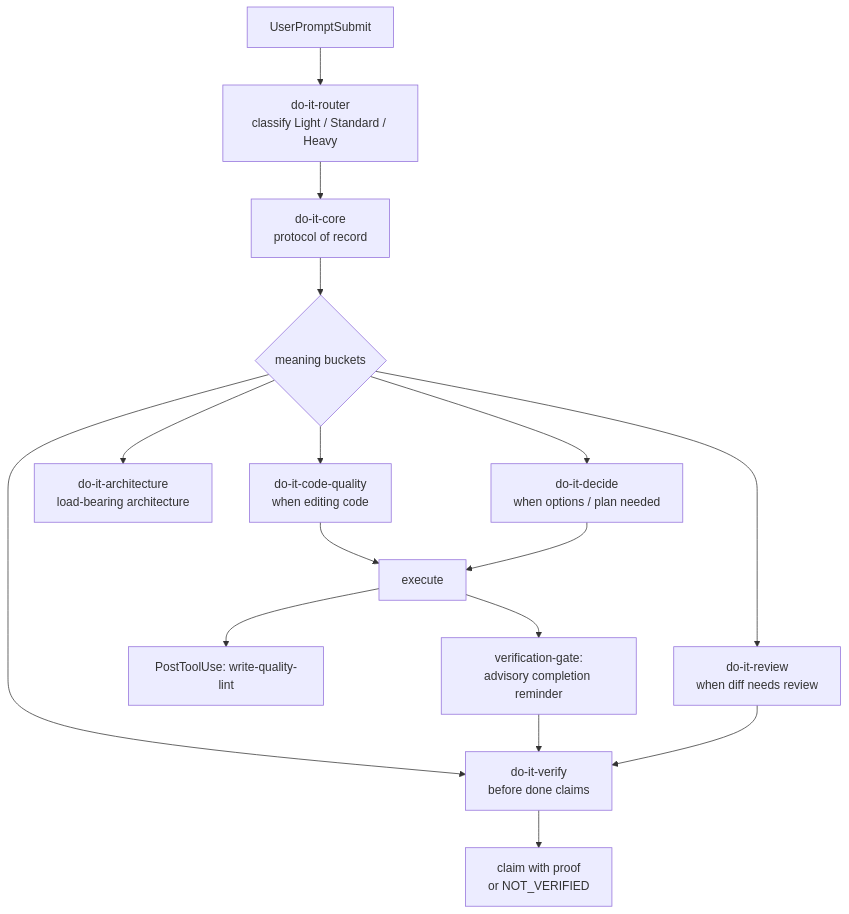
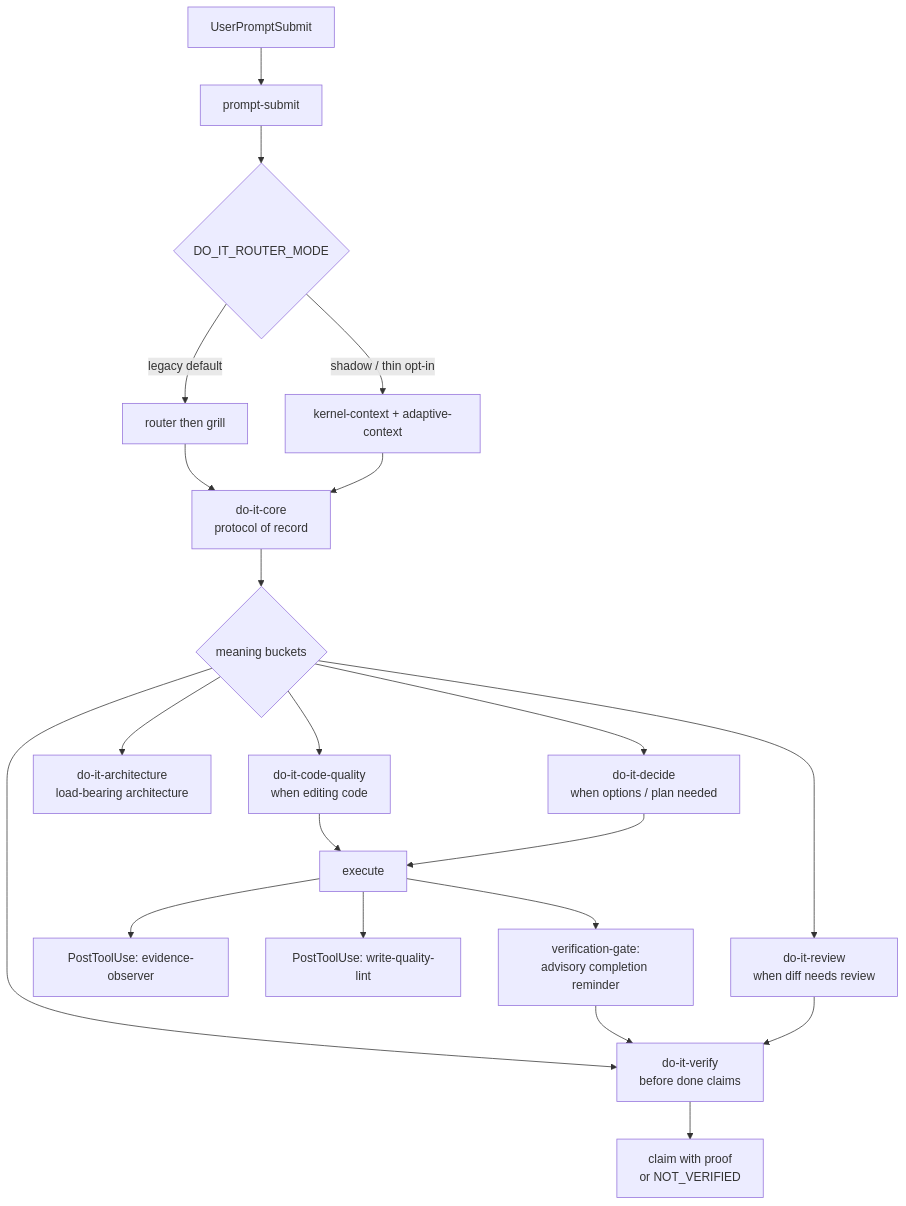
One commit to tdwhere123/do-it changed the diagram in README.md. Above: the diagram before and after it, drawn with Mermaid. The commit also changed other lines of this file and 16 other files, not shown here.

````diff
--- a/README.md
+++ b/README.md
@@ -150,18 +163,23 @@
 ```mermaid
 flowchart TD
-    P[UserPromptSubmit] --> R[do-it-router<br/>classify Light / Standard / Heavy]
+    P[UserPromptSubmit] --> PS[prompt-submit]
+    PS --> M{DO_IT_ROUTER_MODE}
+    M -->|legacy default| R[router then grill]
+    M -->|shadow / thin opt-in| K[kernel-context + adaptive-context]
     R --> C[do-it-core<br/>protocol of record]
+    K --> C
     C --> B{meaning buckets}
     B --> CQ[do-it-code-quality<br/>when editing code]
     B --> A[do-it-architecture<br/>load-bearing architecture]
     B --> D[do-it-decide<br/>when options / plan needed]
     B --> RV[do-it-review<br/>when diff needs review]
     B --> VY[do-it-verify<br/>before done claims]
     CQ --> E[execute]
     D --> E
+    E --> EO[PostToolUse: evidence-observer]
     E --> WQ[PostToolUse: write-quality-lint]
     E --> VG[verification-gate:<br/>advisory completion reminder]
     VG --> VY
     RV --> VY
     VY --> Done[claim with proof<br/>or NOT_VERIFIED]
 ```
````
